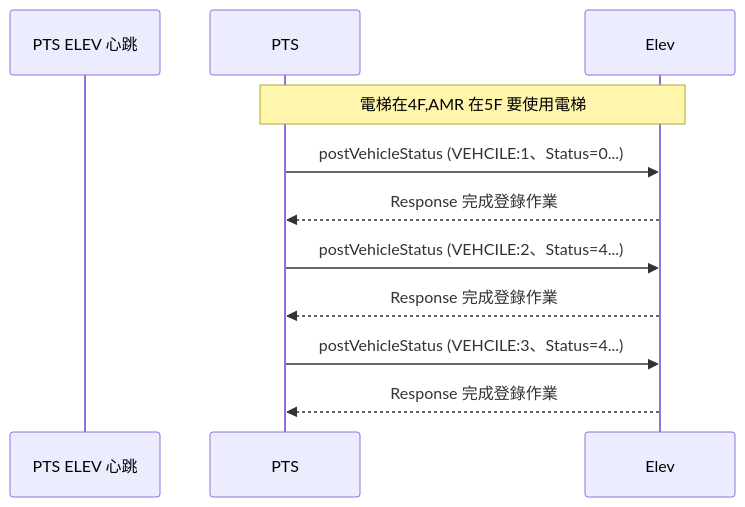
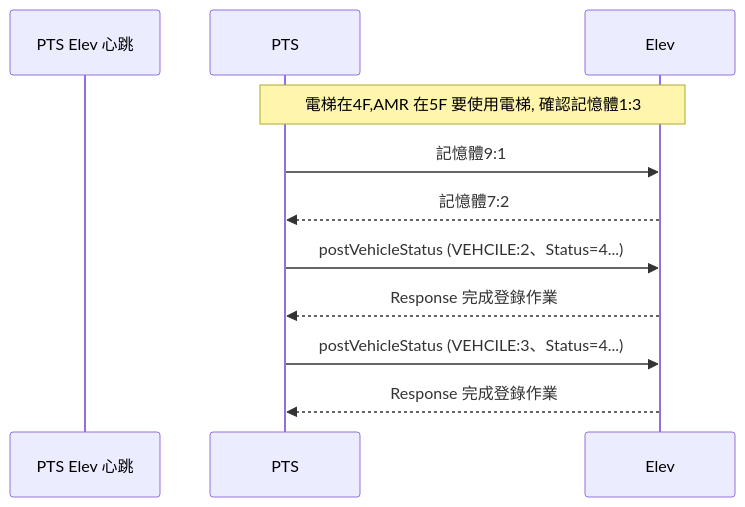
The second of 2 diagrams in README.md (athena-tircgo/amr-elev-Zhunan), drawn with Mermaid before and after one commit. The commit also changed other lines of this file, not shown here.

````diff
--- a/README.md
+++ b/README.md
@@ -23,16 +23,16 @@
 ```mermaid
 sequenceDiagram
 
-    participant PTS ELEV 心跳
+    participant PTS Elev 心跳
     participant PTS
     participant Elev
 
- note over PTS,Elev: 電梯在4F,AMR 在5F 要使用電梯
-        PTS->>Elev: postVehicleStatus (VEHCILE:1、Status=0...)
-        Elev-->>PTS: Response 完成登錄作業
+ note over PTS,Elev: 電梯在4F,AMR 在5F 要使用電梯, 確認記憶體1:3  
+        PTS->>Elev:記憶體9:1
+        Elev-->>PTS: 記憶體7:2
         PTS->>Elev: postVehicleStatus (VEHCILE:2、Status=4...)
         Elev-->>PTS: Response 完成登錄作業
         PTS->>Elev: postVehicleStatus (VEHCILE:3、Status=4...)
         Elev-->>PTS: Response 完成登錄作業
 
 ```
````
